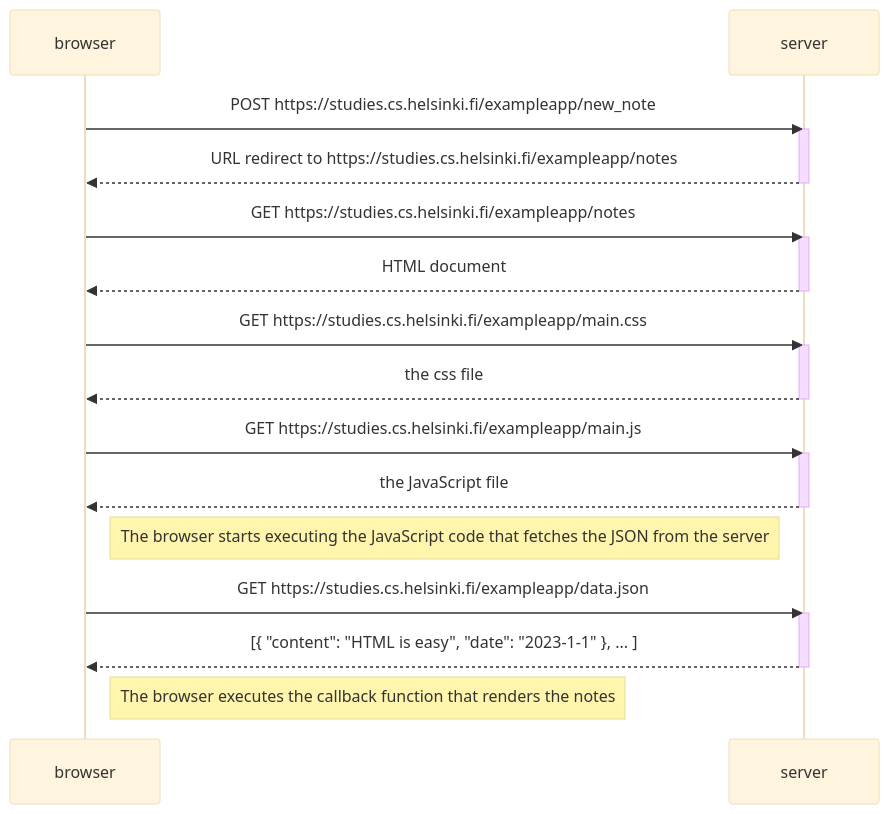
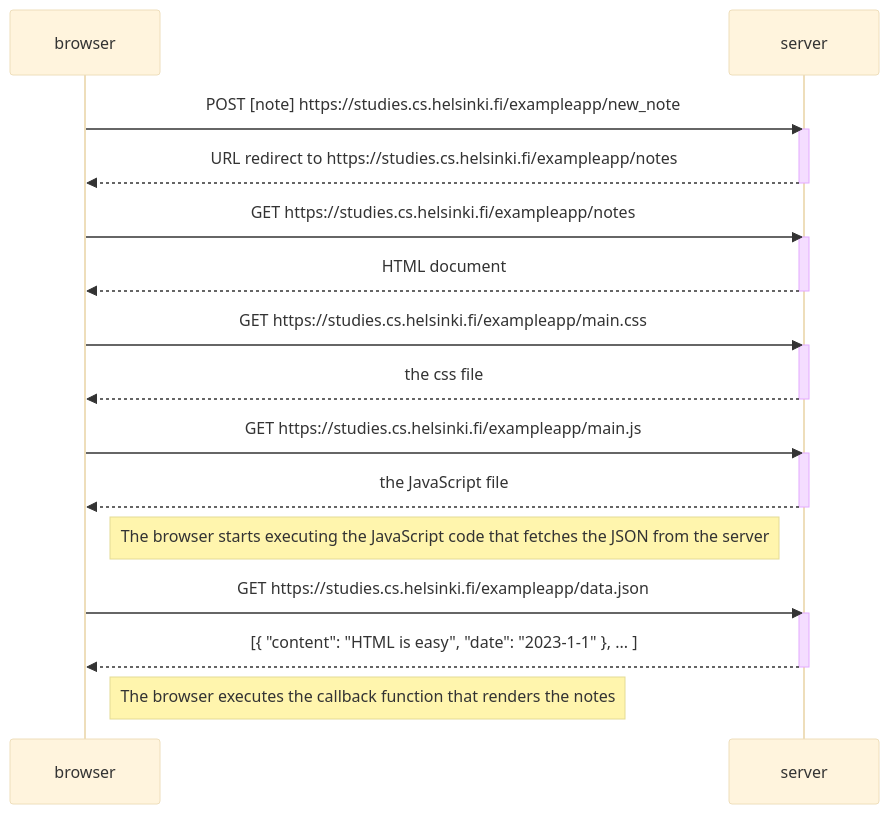
Before and after one commit to aralids/UHelsinki-FullStack-Solutions: the diagram in part0/0-4.mmd, drawn with Mermaid (base theme).

```diff
--- a/part0/0-4.mmd
+++ b/part0/0-4.mmd
@@ -1,32 +1,32 @@
 sequenceDiagram
     participant browser
     participant server
 
-    browser->>server: POST https://studies.cs.helsinki.fi/exampleapp/new_note
+    browser->>server: POST [note] https://studies.cs.helsinki.fi/exampleapp/new_note
     activate server
     server-->>browser: URL redirect to https://studies.cs.helsinki.fi/exampleapp/notes
     deactivate server
 
     browser->>server: GET https://studies.cs.helsinki.fi/exampleapp/notes
     activate server
     server-->>browser: HTML document
     deactivate server
 
     browser->>server: GET https://studies.cs.helsinki.fi/exampleapp/main.css
     activate server
     server-->>browser: the css file
     deactivate server
 
     browser->>server: GET https://studies.cs.helsinki.fi/exampleapp/main.js
     activate server
     server-->>browser: the JavaScript file
     deactivate server
 
     Note right of browser: The browser starts executing the JavaScript code that fetches the JSON from the server
 
     browser->>server: GET https://studies.cs.helsinki.fi/exampleapp/data.json
     activate server
     server-->>browser: [{ "content": "HTML is easy", "date": "2023-1-1" }, ... ]
     deactivate server
 
     Note right of browser: The browser executes the callback function that renders the notes
```
